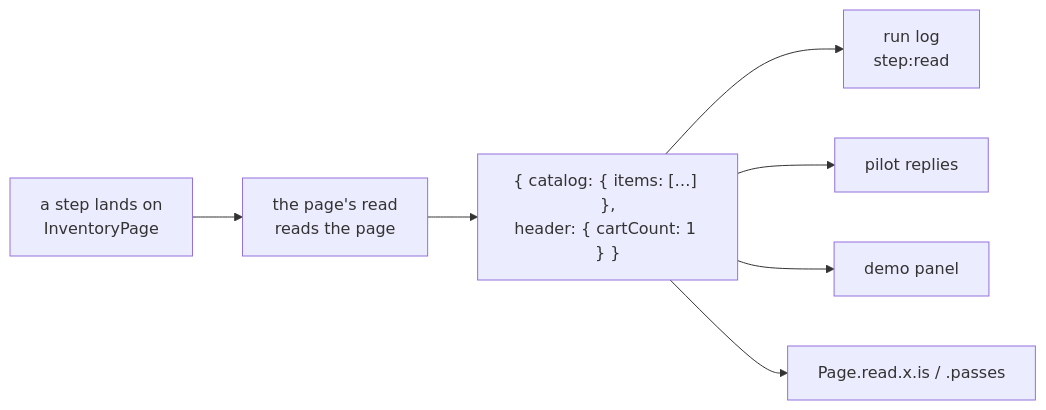
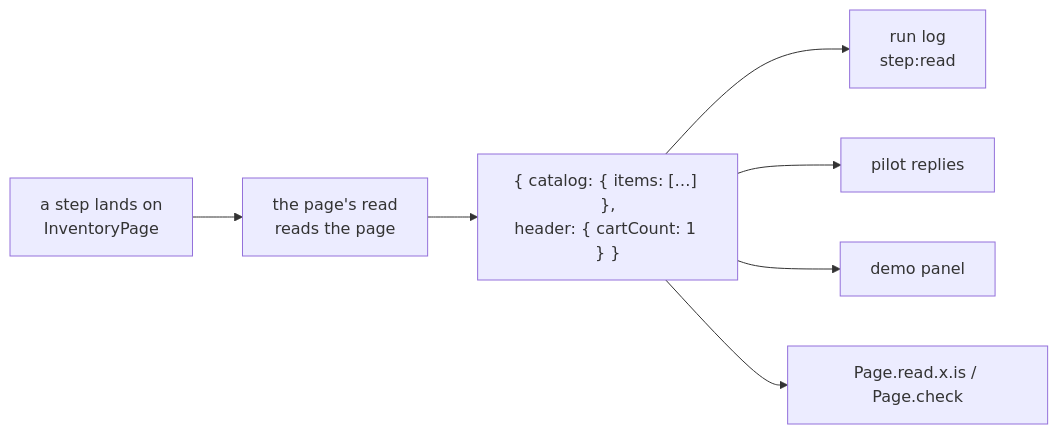
One commit to deviate-dv8/waygraph changed the diagram in docs/guides/reads.md. Above: the diagram before and after it, drawn with Mermaid. The commit also changed other lines of this file and 33 other files, not shown here.

Commit message:
Page.check(why, (read, mem) => boolean): one check primitive over everything the page shows; Key.passes removed, upgrade --codemod checks

````diff
--- a/docs/guides/reads.md
+++ b/docs/guides/reads.md
@@ -6,9 +6,9 @@
 ```mermaid
 graph LR
   S[a step lands on<br/>InventoryPage] --> R[the page's read<br/>reads the page]
   R --> J["{ catalog: { items: […] },<br/>header: { cartCount: 1 } }"]
   J --> L[run log<br/>step:read]
   J --> P[pilot replies]
   J --> D[demo panel]
-  J --> T[Page.read.x.is / .passes]
+  J --> T[Page.read.x.is / Page.check]
 ```
````
